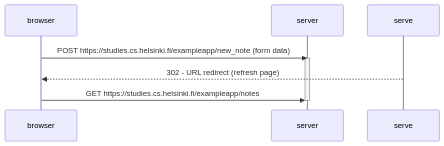
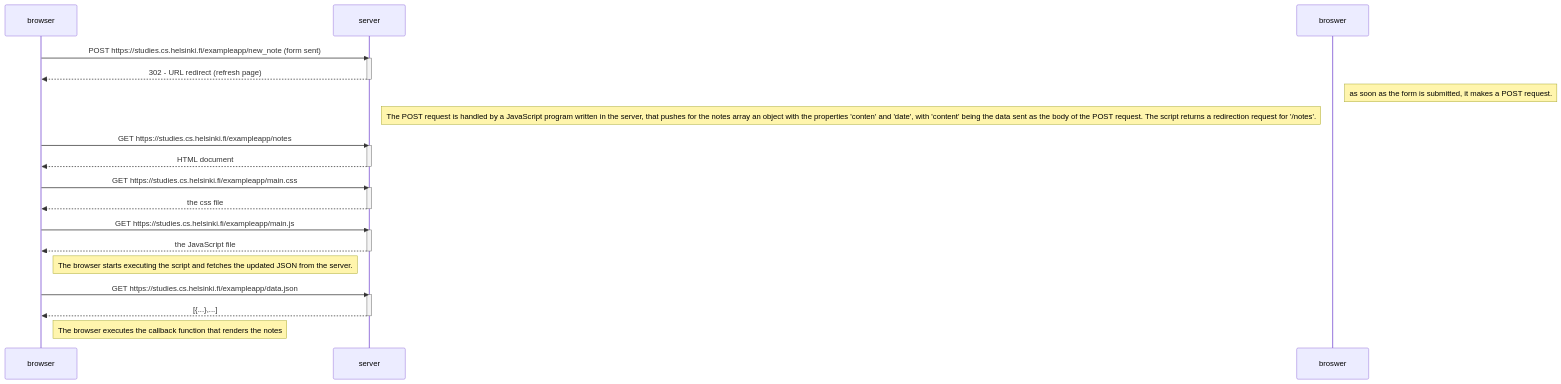
The diagram in part0/0_4/new_note.md (ProspektsMarch22/fullstackopen), drawn with Mermaid before and after one commit.

Commit message:
completes 1st version, hotfixes may be underway

````diff
--- a/part0/0_4/new_note.md
+++ b/part0/0_4/new_note.md
@@ -1,11 +1,38 @@
 ```mermaid
     sequenceDiagram
       participant browser
       participant server
 
-      browser->>server: POST https://studies.cs.helsinki.fi/exampleapp/new_note (form data)
+      browser->>server: POST https://studies.cs.helsinki.fi/exampleapp/new_note (form sent)
       activate server
-      serve-->>browser: 302 - URL redirect (refresh page)
+      server-->>browser: 302 - URL redirect (refresh page)
+      deactivate server
+
+      Note right of broswer: as soon as the form is submitted, it makes a POST request.
+      Note right of server: The POST request is handled by a JavaScript program written in the server, that pushes for the notes array an object with the properties 'conten' and 'date', with 'content' being the data sent as the body of the POST request. The script returns a redirection request for '/notes'.
+
       browser->>server: GET https://studies.cs.helsinki.fi/exampleapp/notes
+      activate server
+      server-->>browser: HTML document
       deactivate server
+
+      browser->>server: GET https://studies.cs.helsinki.fi/exampleapp/main.css
+      activate server
+      server-->>browser: the css file
+      deactivate server
+
+
+      browser->>server: GET https://studies.cs.helsinki.fi/exampleapp/main.js
+      activate server
+      server-->>browser: the JavaScript file
+      deactivate server
+
+      Note right of browser: The browser starts executing the script and fetches the updated JSON from the server.
+
+      browser->>server: GET https://studies.cs.helsinki.fi/exampleapp/data.json
+      activate server
+      server-->>browser: [{...},...]
+      deactivate server
+
+      Note right of browser: The browser executes the callback function that renders the notes
 ```
````
